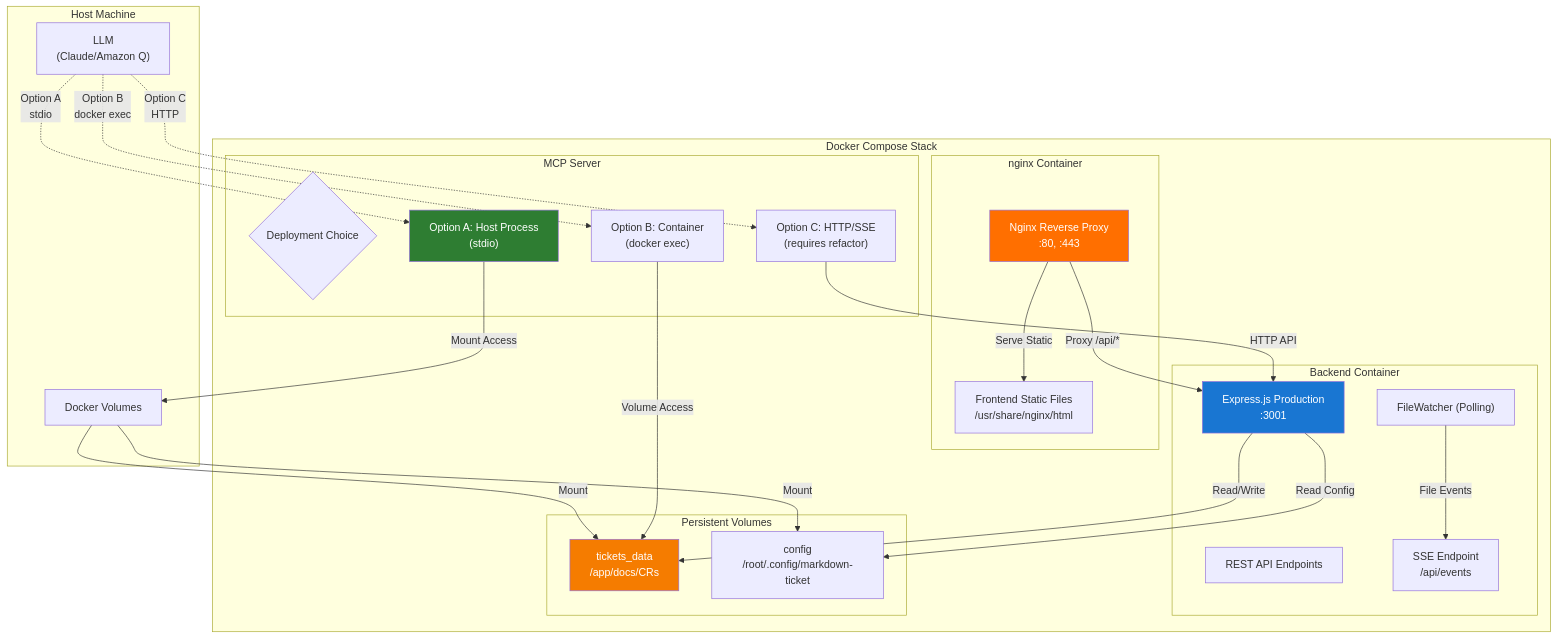
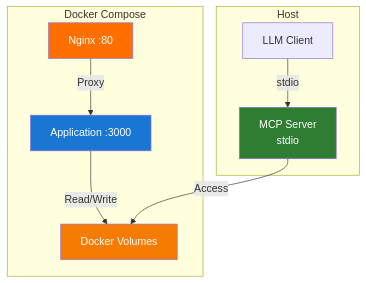
One commit to andkirby/markdown-ticket changed the second of 2 diagrams in docs/CRs/MDT-055-docker-containerization-architecture-for-multi-ser.md. Above: the diagram before and after it, drawn with Mermaid. The commit also changed other lines of this file, not shown here.

First line of the commit message:
feat: simplify MDT-055 Docker containerization architecture

````diff
--- a/docs/CRs/MDT-055-docker-containerization-architecture-for-multi-ser.md
+++ b/docs/CRs/MDT-055-docker-containerization-architecture-for-multi-ser.md
@@ -95,55 +49,23 @@
 ```mermaid
 graph TB
-    subgraph "Host Machine"
-        LLM["LLM<br/>(Claude/Amazon Q)"]
-        VOLUMES["Docker Volumes"]
+    subgraph "Docker Compose"
+        NGINX[Nginx :80]
+        APP[Application :3000]
+        VOLUMES[Docker Volumes]
     end
-    
-    subgraph "Docker Compose Stack"
-        subgraph "nginx Container"
-            NGINX["Nginx Reverse Proxy<br/>:80, :443"]
-            STATIC["Frontend Static Files<br/>/usr/share/nginx/html"]
-        end
-        
-        subgraph "Backend Container"
-            BE["Express.js Production<br/>:3001"]
-            FW["FileWatcher (Polling)"]
-            API["REST API Endpoints"]
-            SSE["SSE Endpoint<br/>/api/events"]
-        end
-        
-        subgraph "MCP Server"
-            MCP_CHOICE{"Deployment Choice"}
-            MCP_HOST["Option A: Host Process<br/>(stdio)"]
-            MCP_DOCKER["Option B: Container<br/>(docker exec)"]
-            MCP_HTTP["Option C: HTTP/SSE<br/>(requires refactor)"]
-        end
-        
-        subgraph "Persistent Volumes"
-            VOL_TICKETS["tickets_data<br/>/app/docs/CRs"]
-            VOL_CONFIG["config<br/>/root/.config/markdown-ticket"]
-        end
+
+    subgraph "Host"
+        MCP[MCP Server<br/>stdio]
+        LLM[LLM Client]
     end
-    
-    NGINX -->|Serve Static| STATIC
-    NGINX -->|Proxy /api/*| BE
-    BE -->|Read/Write| VOL_TICKETS
-    BE -->|Read Config| VOL_CONFIG
-    FW -->|File Events| SSE
-    
-    LLM -.->|Option A<br/>stdio| MCP_HOST
-    LLM -.->|Option B<br/>docker exec| MCP_DOCKER
-    LLM -.->|Option C<br/>HTTP| MCP_HTTP
-    
-    MCP_HOST -->|Mount Access| VOLUMES
-    MCP_DOCKER -->|Volume Access| VOL_TICKETS
-    MCP_HTTP -->|HTTP API| BE
-    
-    VOLUMES -->|Mount| VOL_TICKETS
-    VOLUMES -->|Mount| VOL_CONFIG
-    
+
+    NGINX -->|Proxy| APP
+    APP -->|Read/Write| VOLUMES
+    MCP -->|Access| VOLUMES
+    LLM -->|stdio| MCP
+
     style NGINX fill:#ff6f00,color:#fff
-    style BE fill:#1976d2,color:#fff
-    style MCP_HOST fill:#2e7d32,color:#fff
-    style VOL_TICKETS fill:#f57c00,color:#fff
+    style APP fill:#1976d2,color:#fff
+    style MCP fill:#2e7d32,color:#fff
+    style VOLUMES fill:#f57c00,color:#fff
 ```
````
